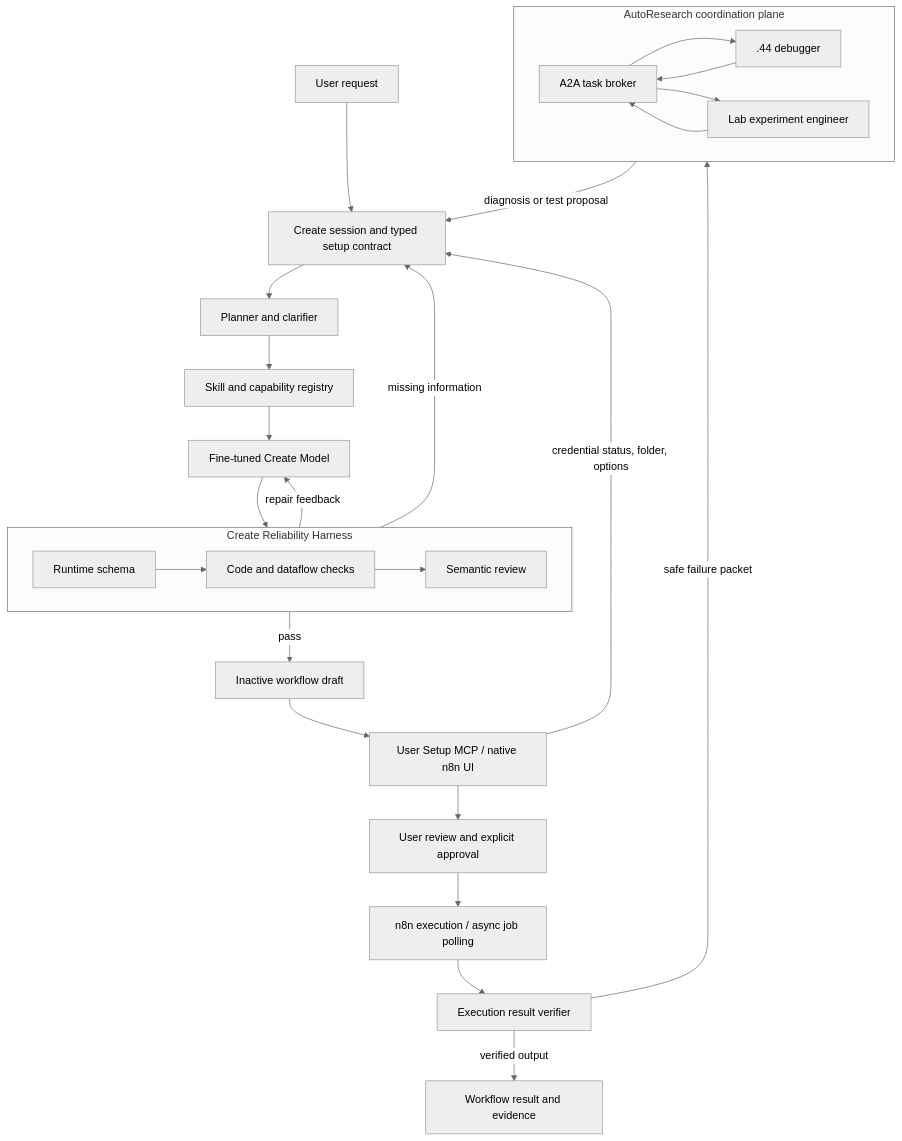
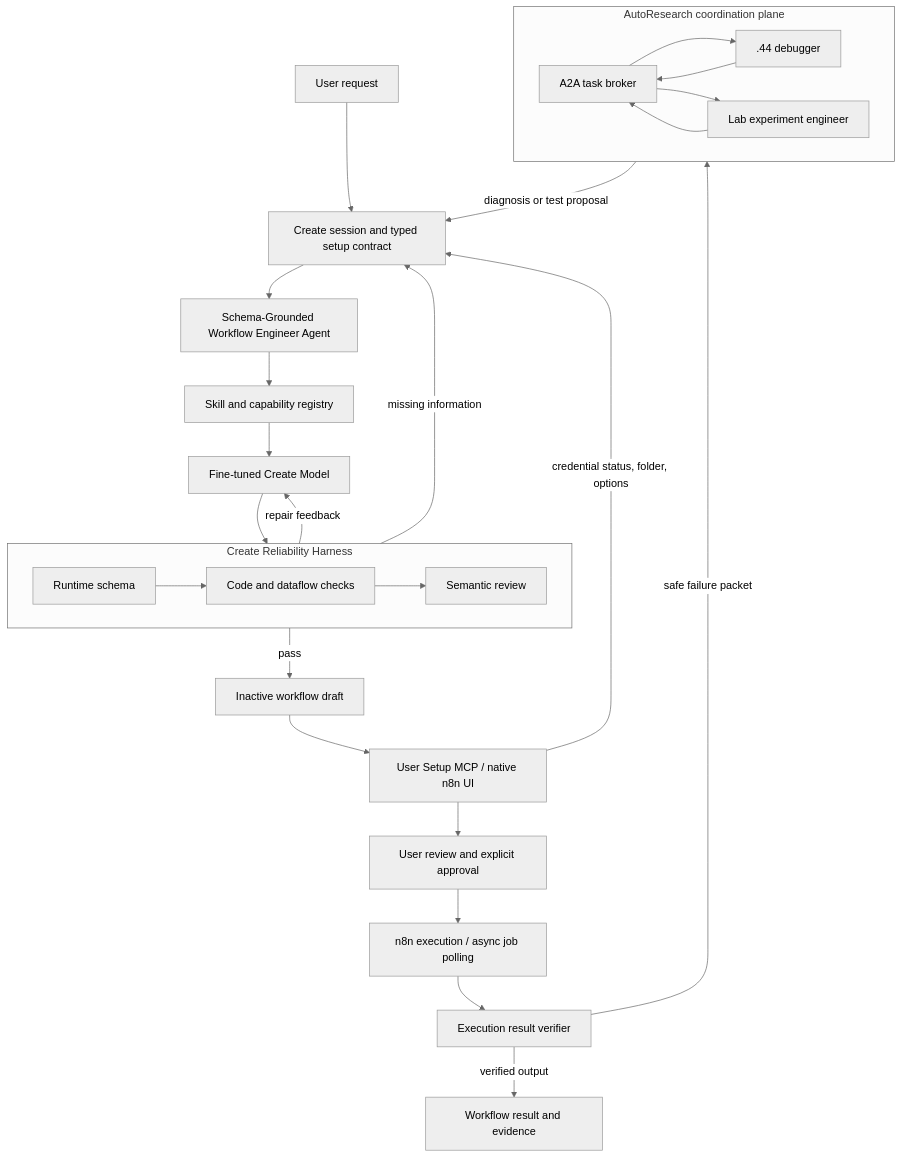
One commit to ryukyucoding/n8n-ai-widget changed the diagram in autoresearch/TARGET_ARCHITECTURE.md. Above: the diagram before and after it, drawn with Mermaid (neutral theme). The commit also changed other lines of this file and 1 other file, not shown here.

Commit message:
docs(autoresearch): adopt workflow engineer planning boundary

````diff
--- a/autoresearch/TARGET_ARCHITECTURE.md
+++ b/autoresearch/TARGET_ARCHITECTURE.md
@@ -17,33 +17,33 @@
 ```mermaid
 flowchart TB
     U["User request"] --> S["Create session and typed setup contract"]
-    S --> P["Planner and clarifier"]
+    S --> P["Schema-Grounded Workflow Engineer Agent"]
     P --> R["Skill and capability registry"]
     R --> C["Fine-tuned Create Model"]
     C --> H
 
     subgraph H["Create Reliability Harness"]
         RS["Runtime schema"] --> DF["Code and dataflow checks"] --> SR["Semantic review"]
     end
 
     H -->|"pass"| D["Inactive workflow draft"]
     H -->|"repair feedback"| C
     H -->|"missing information"| S
 
     D --> M["User Setup MCP / native n8n UI"]
     M -->|"credential status, folder, options"| S
     M --> A["User review and explicit approval"]
     A --> E["n8n execution / async job polling"]
     E --> V["Execution result verifier"]
     V -->|"verified output"| O["Workflow result and evidence"]
     V -->|"safe failure packet"| B
 
     subgraph B["AutoResearch coordination plane"]
         Q["A2A task broker"] --> X[".44 debugger"]
         Q --> L["Lab experiment engineer"]
         X --> Q
         L --> Q
     end
 
     B -->|"diagnosis or test proposal"| S
 ```
````
